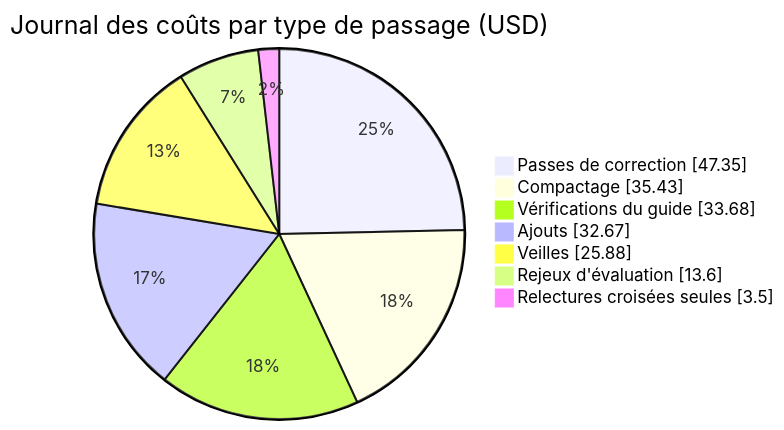
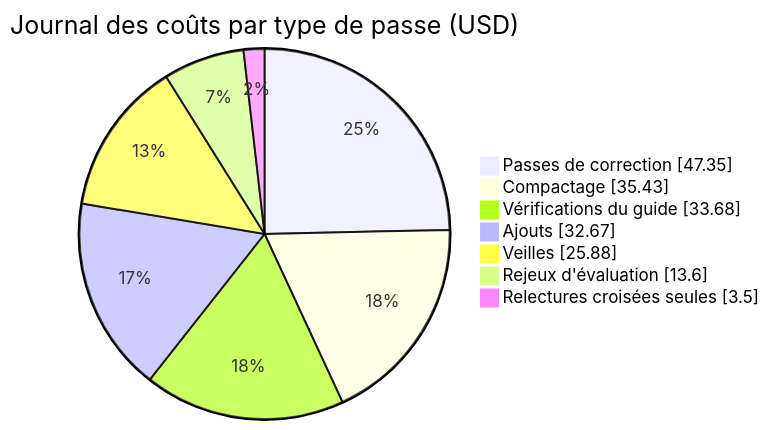
The fifth of 6 diagrams in docs/fr/presentation.md (DamienBecherini/vault-watch-agent), drawn with Mermaid before and after one commit. The commit also changed other lines of this file and 15 other files, not shown here.

Commit message:
docs(fr): « passe » for a run of the agent, « passage » kept for a piece of text, as in the interface

````diff
--- a/docs/fr/presentation.md
+++ b/docs/fr/presentation.md
@@ -173,11 +173,11 @@
 ```mermaid
 pie showData
-  title Journal des coûts par type de passage (USD)
+  title Journal des coûts par type de passe (USD)
   "Passes de correction" : 47.35
   "Compactage" : 35.43
   "Vérifications du guide" : 33.68
   "Ajouts" : 32.67
   "Veilles" : 25.88
   "Rejeux d'évaluation" : 13.60
   "Relectures croisées seules" : 3.50
 ```
````
